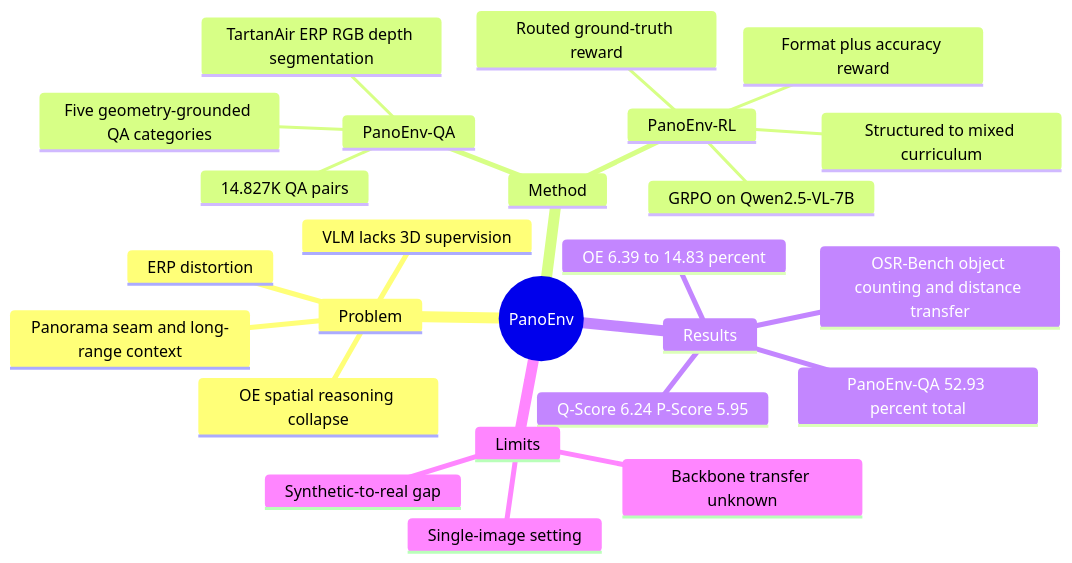
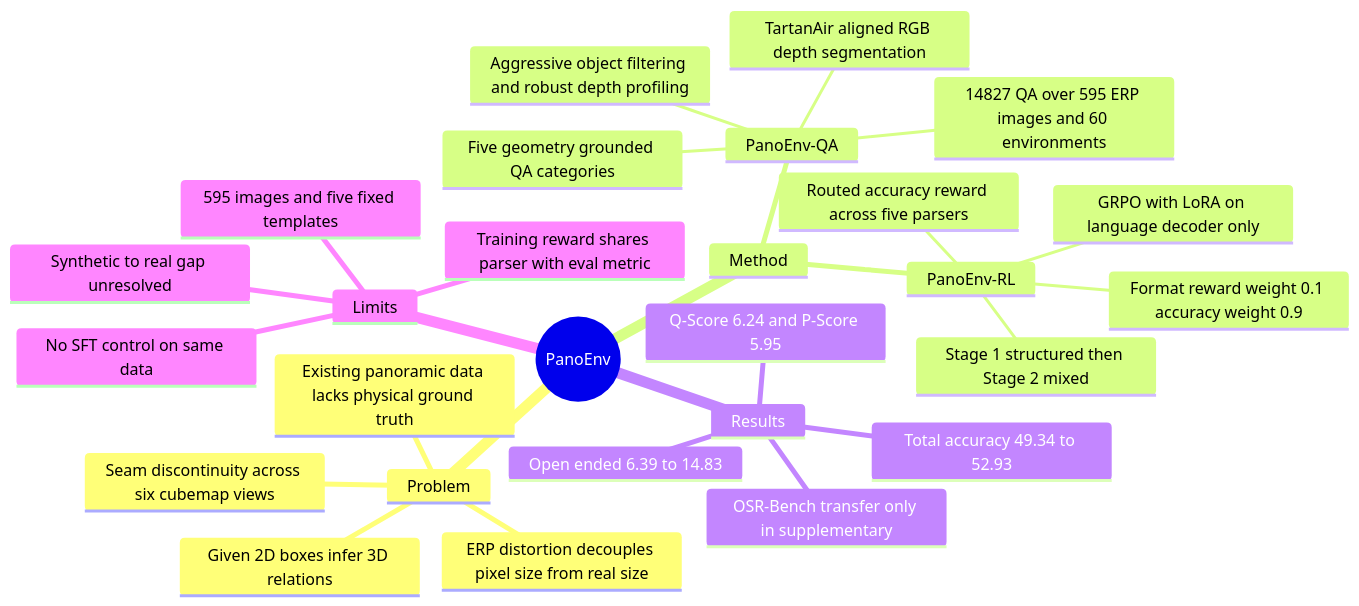
Before and after one commit to Kendrick-Stein/MCISLAB_DeepRead: the diagram in Papers/2606-PanoEnv.md, drawn with Mermaid. The commit also changed other lines of this file and 138 other files, not shown here.

````diff
--- a/Papers/2606-PanoEnv.md
+++ b/Papers/2606-PanoEnv.md
@@ -70,28 +110,30 @@
 ```mermaid
 mindmap
   root((PanoEnv))
     Problem
-      ERP distortion
-      Panorama seam and long-range context
-      VLM lacks 3D supervision
-      OE spatial reasoning collapse
+      ERP distortion decouples pixel size from real size
+      Seam discontinuity across six cubemap views
+      Existing panoramic data lacks physical ground truth
+      Given 2D boxes infer 3D relations
     Method
       PanoEnv-QA
-        TartanAir ERP RGB depth segmentation
-        Five geometry-grounded QA categories
-        14.827K QA pairs
+        TartanAir aligned RGB depth segmentation
+        Aggressive object filtering and robust depth profiling
+        Five geometry grounded QA categories
+        14827 QA over 595 ERP images and 60 environments
       PanoEnv-RL
-        GRPO on Qwen2.5-VL-7B
-        Routed ground-truth reward
-        Format plus accuracy reward
-        Structured to mixed curriculum
+        GRPO with LoRA on language decoder only
+        Routed accuracy reward across five parsers
+        Format reward weight 0.1 accuracy weight 0.9
+        Stage 1 structured then Stage 2 mixed
     Results
-      PanoEnv-QA 52.93 percent total
-      OE 6.39 to 14.83 percent
-      Q-Score 6.24 P-Score 5.95
-      OSR-Bench object counting and distance transfer
+      Total accuracy 49.34 to 52.93
+      Open ended 6.39 to 14.83
+      Q-Score 6.24 and P-Score 5.95
+      OSR-Bench transfer only in supplementary
     Limits
-      Synthetic-to-real gap
-      Single-image setting
-      Backbone transfer unknown
+      No SFT control on same data
+      Training reward shares parser with eval metric
+      595 images and five fixed templates
+      Synthetic to real gap unresolved
 ```
````
